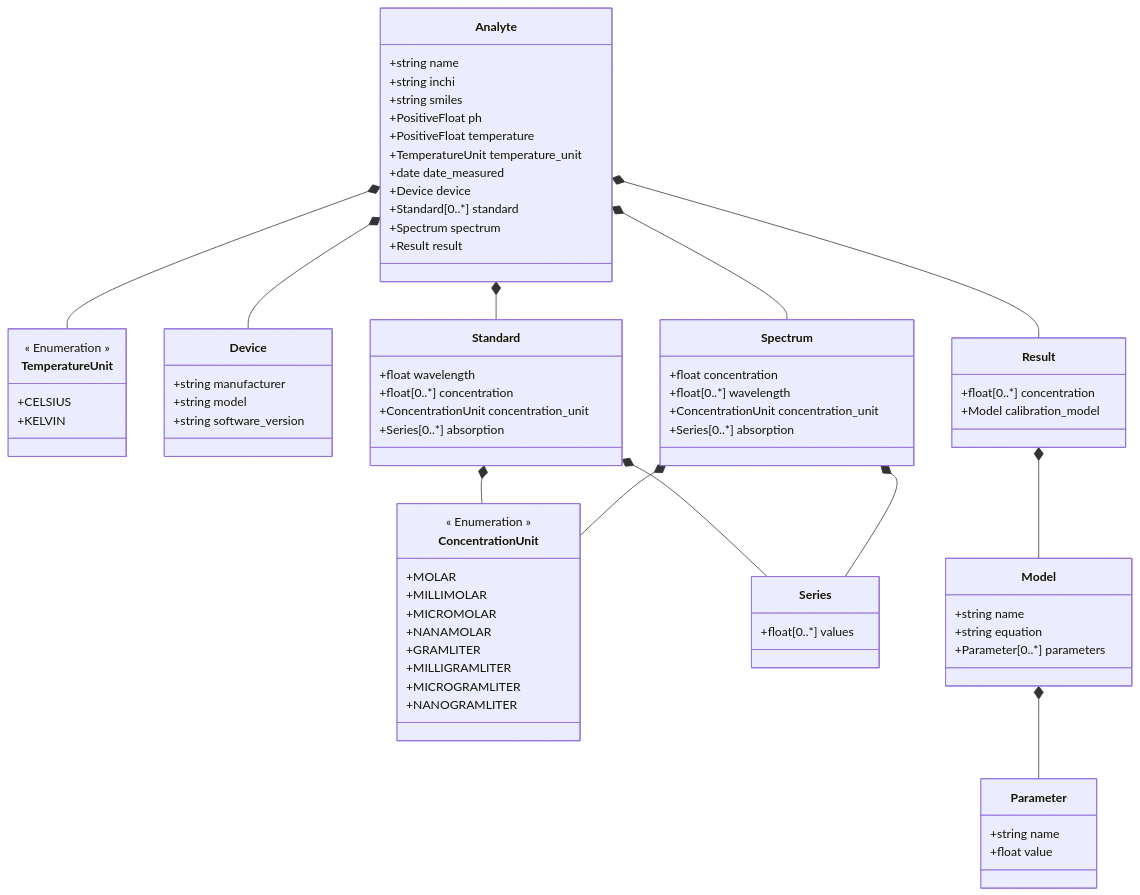
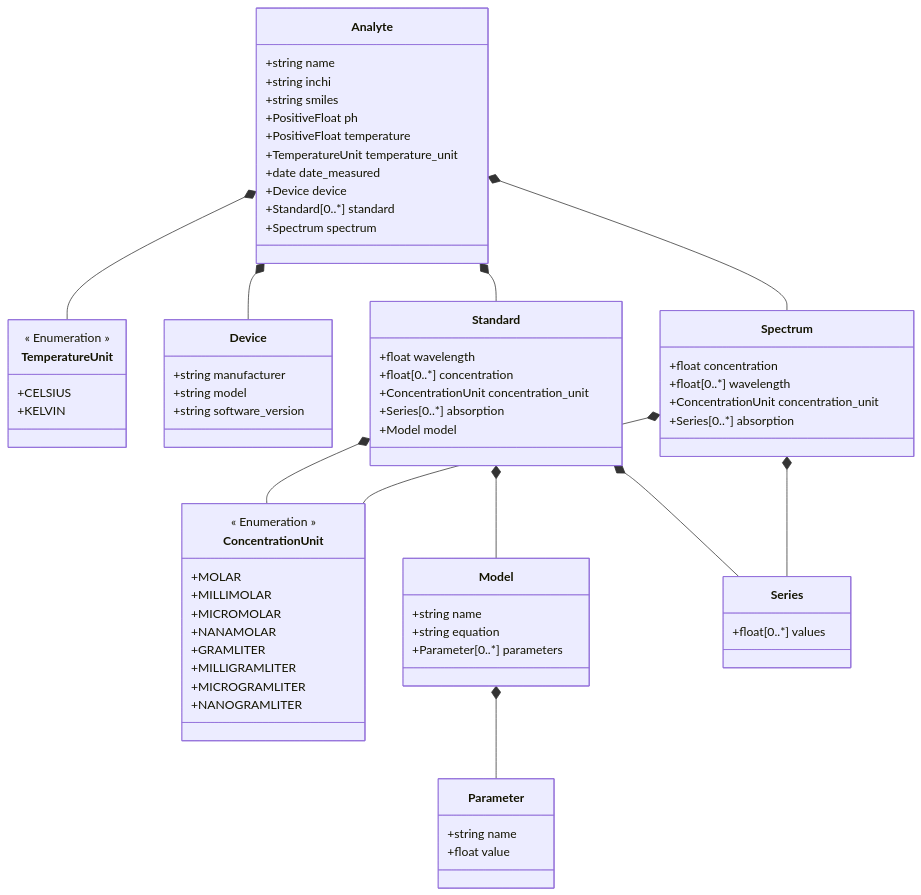
The diagram in CaliPytion/schemes/calipytion_schema.md (FAIRChemistry/datamodel_calibration), drawn with Mermaid before and after one commit. The commit also changed 9 other files, not shown here.

```diff
--- a/CaliPytion/schemes/calipytion_schema.md
+++ b/CaliPytion/schemes/calipytion_schema.md
@@ -4,12 +4,11 @@
     Analyte *-- Device
     Analyte *-- Standard
     Analyte *-- Spectrum
-    Analyte *-- Result
     Standard *-- ConcentrationUnit
+    Standard *-- Model
     Standard *-- Series
     Spectrum *-- ConcentrationUnit
     Spectrum *-- Series
-    Result *-- Model
     Model *-- Parameter
     
     class Analyte {
@@ -23,7 +22,6 @@
         +Device device
         +Standard[0..*] standard
         +Spectrum spectrum
-        +Result result
     }
     
     class Device {
@@ -37,6 +35,7 @@
         +float[0..*] concentration
         +ConcentrationUnit concentration_unit
         +Series[0..*] absorption
+        +Model model
     }
     
     class Spectrum {
@@ -44,11 +43,6 @@
         +float[0..*] wavelength
         +ConcentrationUnit concentration_unit
         +Series[0..*] absorption
-    }
-    
-    class Result {
-        +float[0..*] concentration
-        +Model calibration_model
     }
     
     class Model {
```
